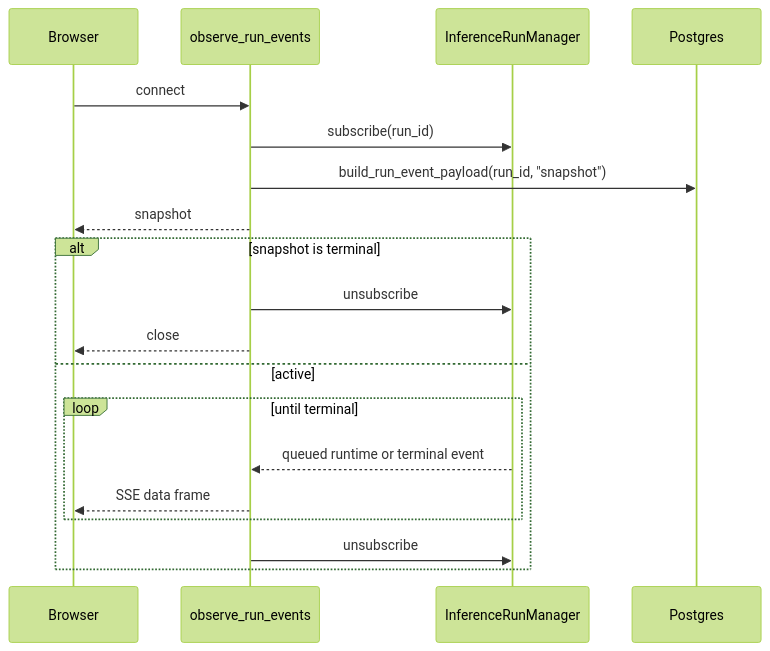
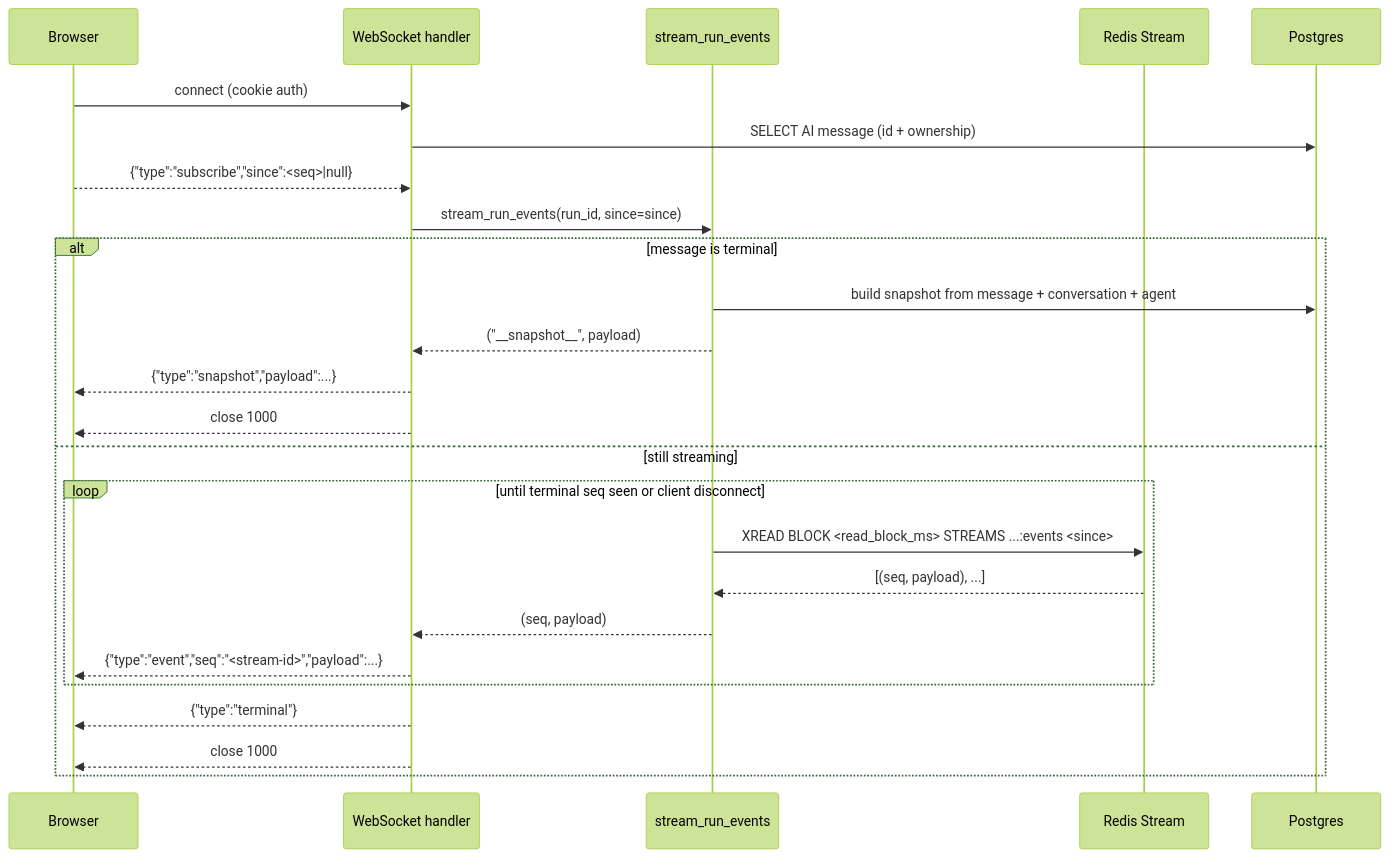
One commit to konstantinosmpouros/mAgenticX changed the seventh of 9 diagrams in docs/flows/inference-streaming.md. Above: the diagram before and after it, drawn with Mermaid (forest theme). The commit also changed other lines of this file and 26 other files, not shown here.

Commit message:
Migrate inference streaming to WebSocket + Redis

````diff
--- a/docs/flows/inference-streaming.md
+++ b/docs/flows/inference-streaming.md
@@ -316,22 +329,28 @@
 ```mermaid
 sequenceDiagram
     participant UI as Browser
-    participant Observer as observe_run_events
-    participant Manager as InferenceRunManager
+    participant WS as WebSocket handler
+    participant SR as stream_run_events
+    participant Redis as Redis Stream
     participant PG as Postgres
 
-    UI->>Observer: connect
-    Observer->>Manager: subscribe(run_id)
-    Observer->>PG: build_run_event_payload(run_id, "snapshot")
-    Observer-->>UI: snapshot
-    alt snapshot is terminal
-        Observer->>Manager: unsubscribe
-        Observer-->>UI: close
-    else active
-        loop until terminal
-            Manager-->>Observer: queued runtime or terminal event
-            Observer-->>UI: SSE data frame
+    UI->>WS: connect (cookie auth)
+    WS->>PG: SELECT AI message (id + ownership)
+    UI-->>WS: {"type":"subscribe","since":<seq>|null}
+    WS->>SR: stream_run_events(run_id, since=since)
+    alt message is terminal
+        SR->>PG: build snapshot from message + conversation + agent
+        SR-->>WS: ("__snapshot__", payload)
+        WS-->>UI: {"type":"snapshot","payload":...}
+        WS-->>UI: close 1000
+    else still streaming
+        loop until terminal seq seen or client disconnect
+            SR->>Redis: XREAD BLOCK <read_block_ms> STREAMS ...:events <since>
+            Redis-->>SR: [(seq, payload), ...]
+            SR-->>WS: (seq, payload)
+            WS-->>UI: {"type":"event","seq":"<stream-id>","payload":...}
         end
-        Observer->>Manager: unsubscribe
+        WS-->>UI: {"type":"terminal"}
+        WS-->>UI: close 1000
     end
 ```
````
